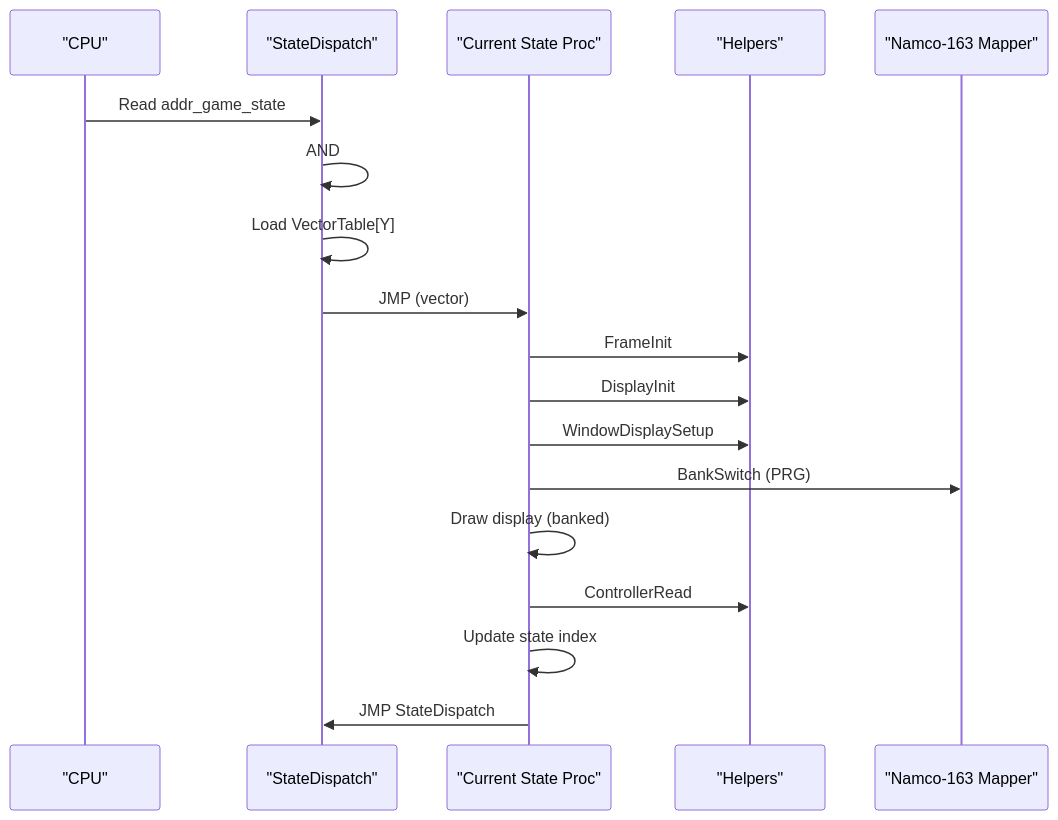
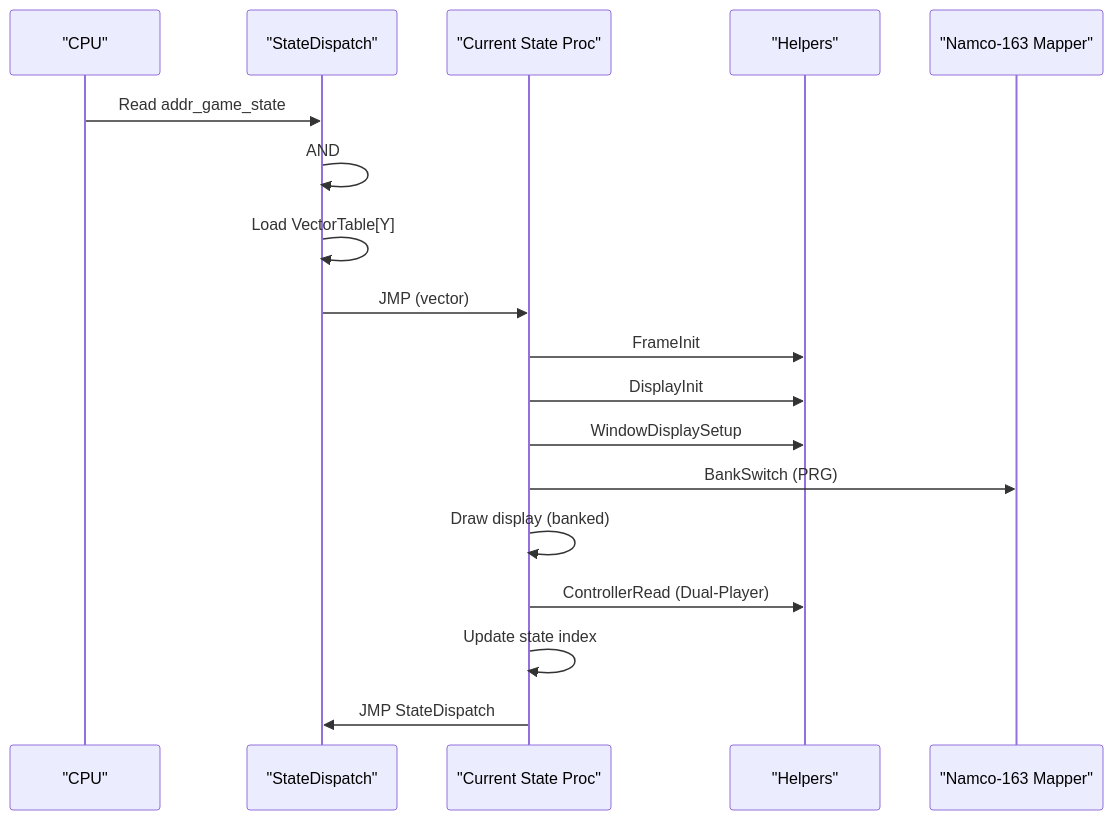
The second of 3 diagrams in .qoder/repowiki/en/content/Game State Management/State Machine Architecture/State Procedures/State Procedures.md (rabbyzero/sango2dasm), drawn with Mermaid before and after one commit. The commit also changed other lines of this file and 9 other files, not shown here.

````diff
--- a/.qoder/repowiki/en/content/Game State Management/State Machine Architecture/State Procedures/State Procedures.md
+++ b/.qoder/repowiki/en/content/Game State Management/State Machine Architecture/State Procedures/State Procedures.md
@@ -109,20 +117,20 @@
 ```mermaid
 sequenceDiagram
 participant CPU as "CPU"
 participant Dispatch as "StateDispatch"
 participant State as "Current State Proc"
 participant Helpers as "Helpers"
 participant Mapper as "Namco-163 Mapper"
 CPU->>Dispatch : Read addr_game_state
 Dispatch->>Dispatch : AND #$1F, ASL, TAY
 Dispatch->>Dispatch : Load VectorTable[Y]
 Dispatch->>State : JMP (vector)
 State->>Helpers : FrameInit
 State->>Helpers : DisplayInit
 State->>Helpers : WindowDisplaySetup
 State->>Mapper : BankSwitch (PRG)
 State->>State : Draw display (banked)
-State->>Helpers : ControllerRead
+State->>Helpers : ControllerRead (Dual-Player)
 State->>State : Update state index
 State->>Dispatch : JMP StateDispatch
 ```
````
